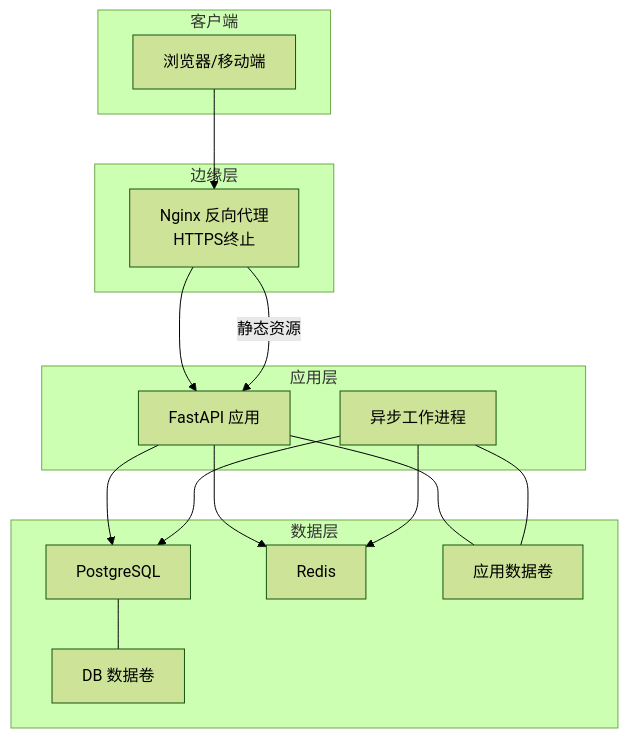
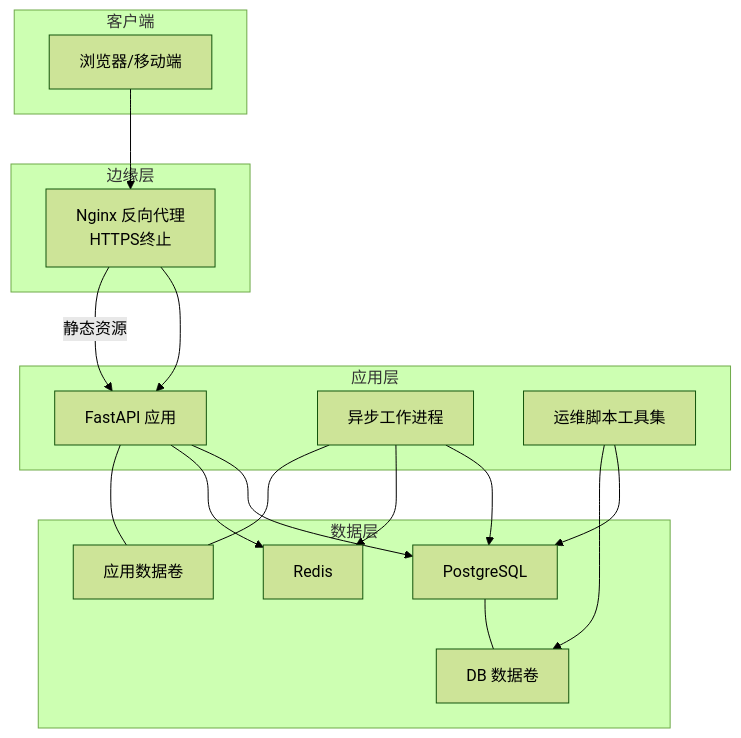
The first of 8 diagrams in .qoder/repowiki/zh/content/部署配置/部署配置.md (vu1Art1st/talos), drawn with Mermaid (forest theme) before and after one commit. The commit also changed other lines of this file and 129 other files, not shown here.

````diff
--- a/.qoder/repowiki/zh/content/部署配置/部署配置.md
+++ b/.qoder/repowiki/zh/content/部署配置/部署配置.md
@@ -39,29 +54,32 @@
 ```mermaid
 graph TB
 subgraph "客户端"
 U["浏览器/移动端"]
 end
 subgraph "边缘层"
 NGINX["Nginx 反向代理<br/>HTTPS终止"]
 end
 subgraph "应用层"
 API["FastAPI 应用"]
 WORKER["异步工作进程"]
+OPS["运维脚本工具集"]
 end
 subgraph "数据层"
 DB["PostgreSQL"]
 REDIS["Redis"]
 VOL_DB["DB 数据卷"]
 VOL_APP["应用数据卷"]
 end
 U --> NGINX
 NGINX --> API
 NGINX --> |静态资源| API
 API --> DB
 API --> REDIS
 WORKER --> DB
 WORKER --> REDIS
+OPS --> DB
+OPS --> VOL_DB
 DB --- VOL_DB
 API --- VOL_APP
 WORKER --- VOL_APP
 ```
````
